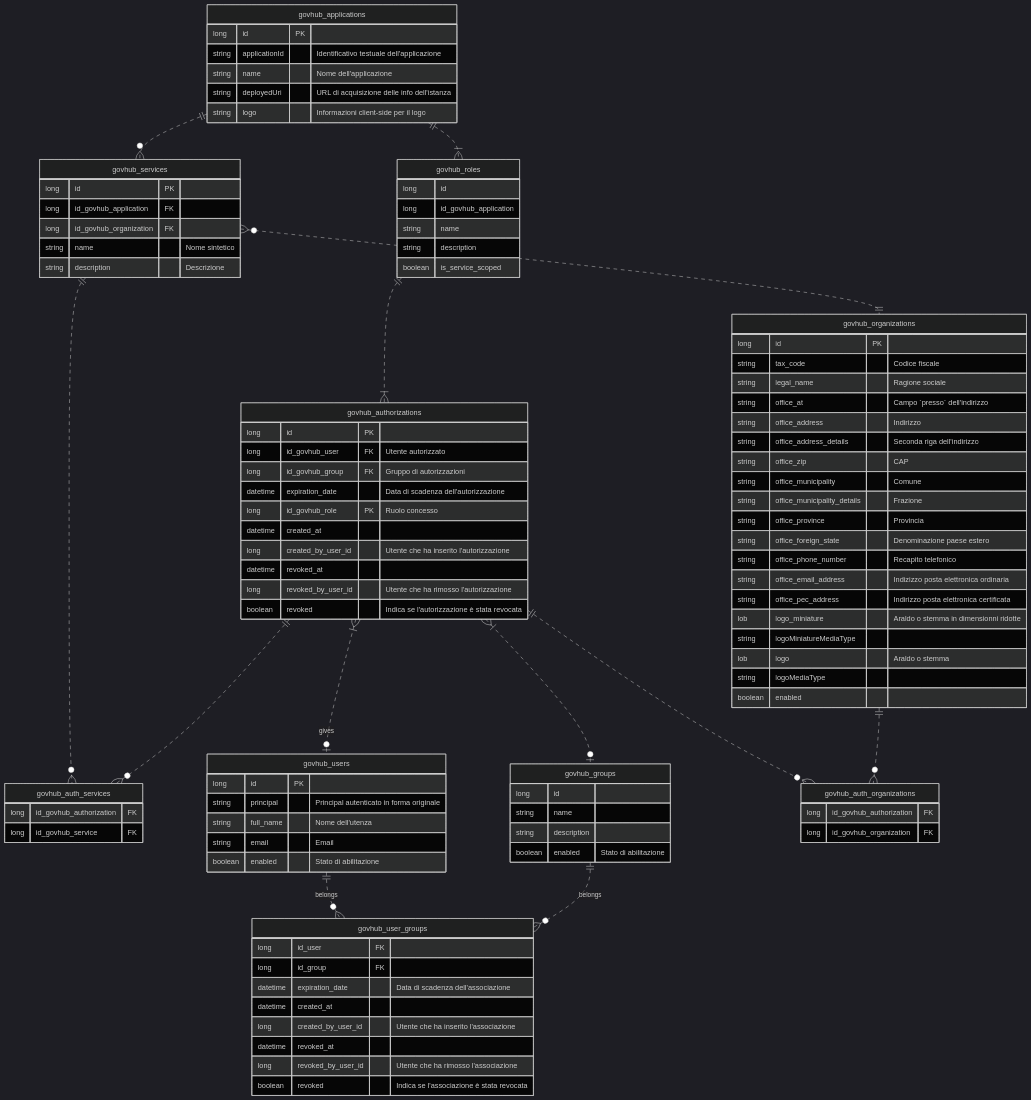
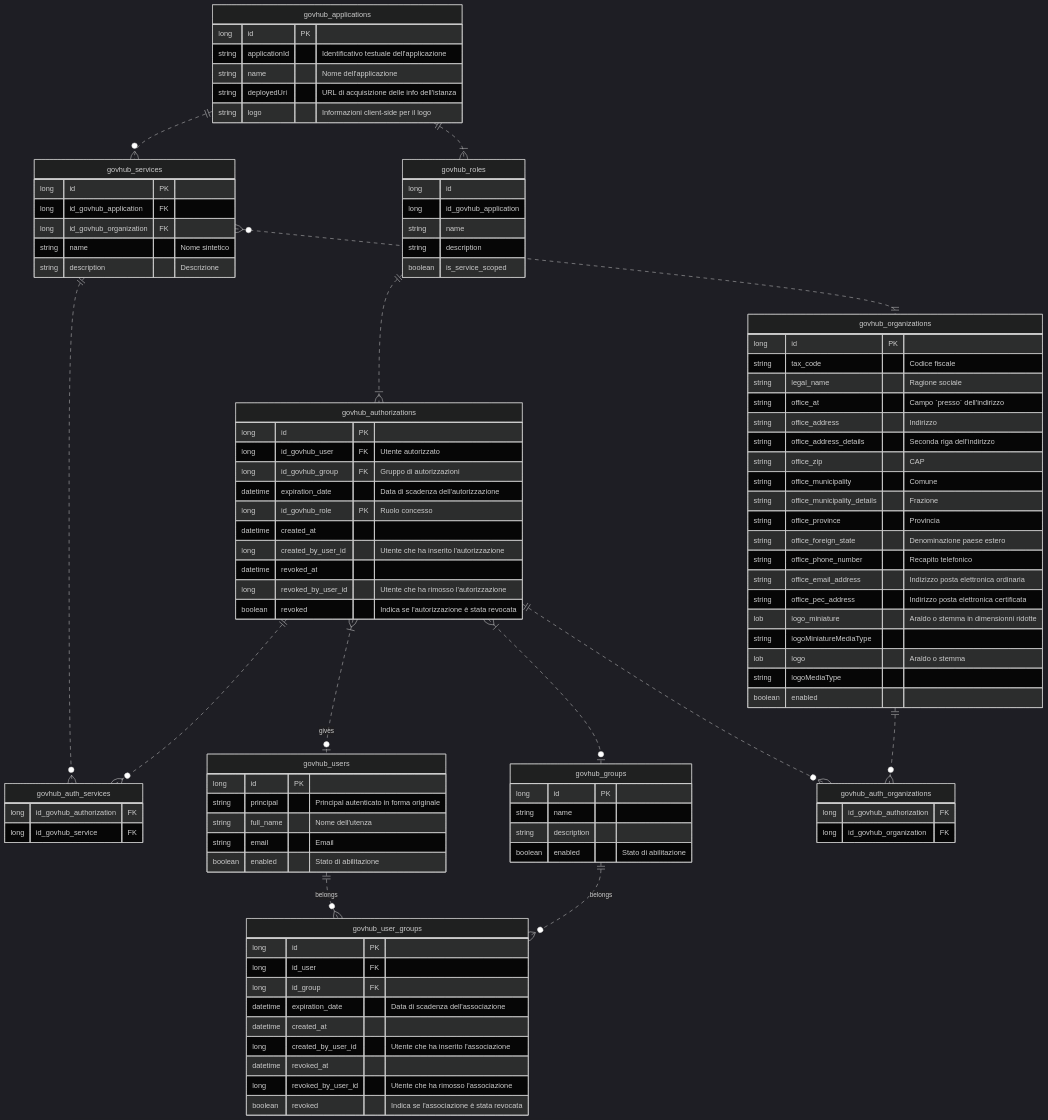
One commit to link-it/govregistry-docs changed the diagram in specifiche-tecniche/schema-dati.md. Above: the diagram before and after it, drawn with Mermaid (dark theme).

Commit message:
Aggiunto id a govhub_users_groups

```diff
--- a/specifiche-tecniche/schema-dati.md
+++ b/specifiche-tecniche/schema-dati.md
@@ -21,13 +21,14 @@
 
 
     govhub_groups {
-        long id
+        long id PK
         string name
         string description
         boolean enabled "Stato di abilitazione"
     }
 
     govhub_user_groups {
+        long id PK
         long id_user FK
         long id_group FK
         datetime expiration_date "Data di scadenza dell'associazione"
```
